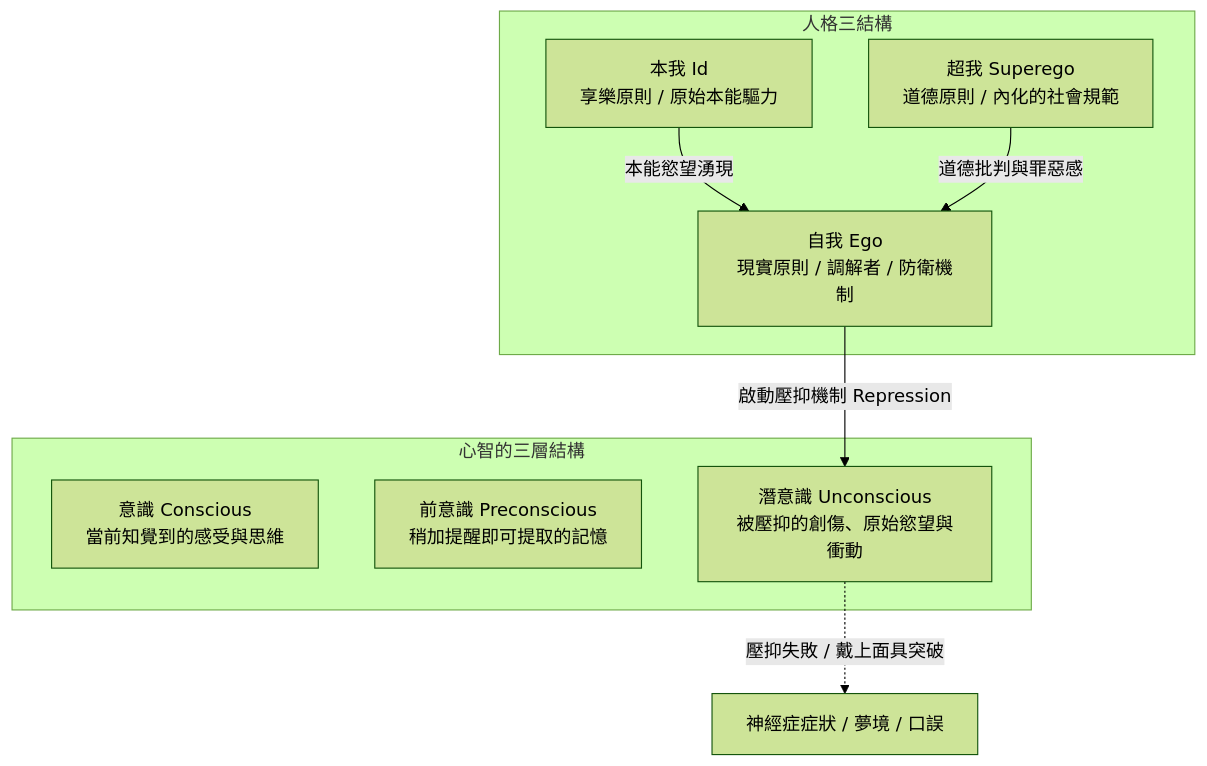
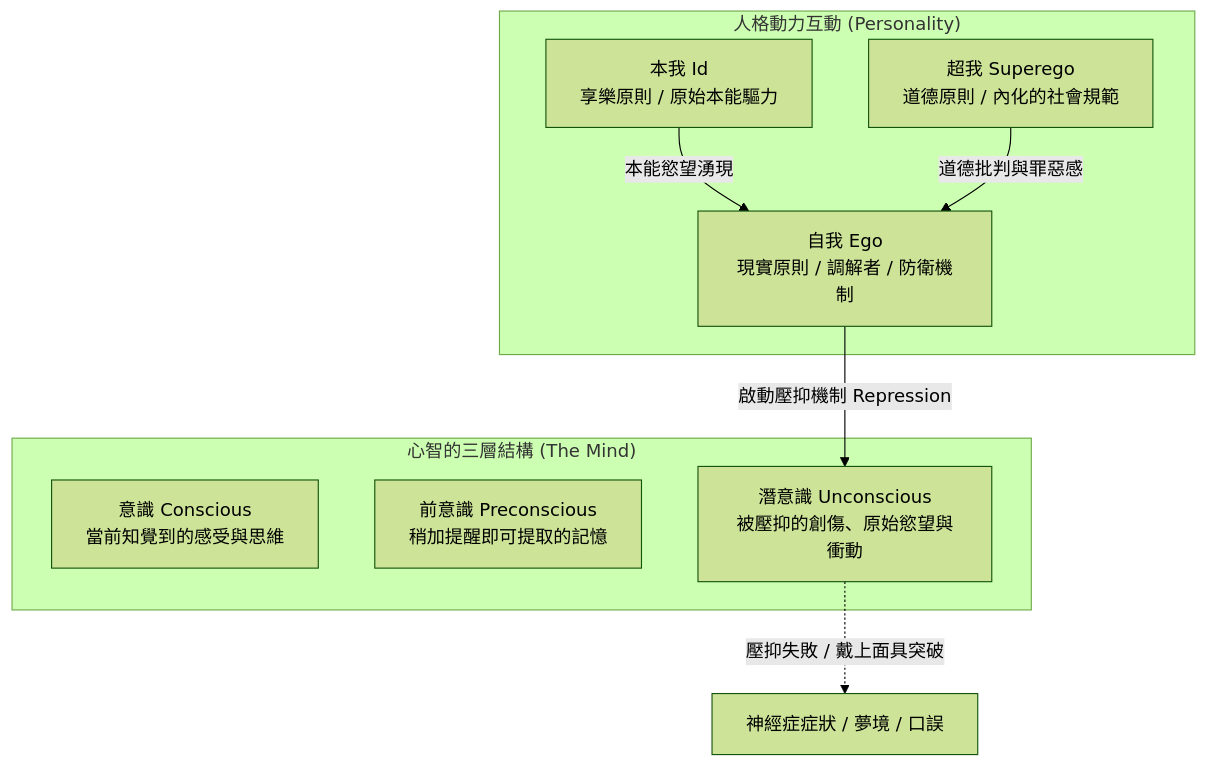
One commit to sasa0905/10 changed the diagram in wiki/theories/psychoanalytic-theory.md. Above: the diagram before and after it, drawn with Mermaid (forest theme). The commit also changed 48 other files, not shown here.

Commit message:
fix: resolve all Mermaid syntax errors, uncompress SVG vector charts, and ensure 15px sharp font rendering

````diff
--- a/wiki/theories/psychoanalytic-theory.md
+++ b/wiki/theories/psychoanalytic-theory.md
@@ -18,19 +18,19 @@
 ```mermaid
 graph TD
-    subgraph 冰山心智模型 [心智的三層結構]
-        CONSCIOUS[意識 Conscious<br>當前知覺到的感受與思維]
-        PRECONSCIOUS[前意識 Preconscious<br>稍加提醒即可提取的記憶]
-        UNCONSCIOUS[潛意識 Unconscious<br>被壓抑的創傷、原始慾望與衝動]
+    subgraph ICEBERG ["心智的三層結構 (The Mind)"]
+        CONSCIOUS["意識 Conscious<br>當前知覺到的感受與思維"]
+        PRECONSCIOUS["前意識 Preconscious<br>稍加提醒即可提取的記憶"]
+        UNCONSCIOUS["潛意識 Unconscious<br>被壓抑的創傷、原始慾望與衝動"]
     end
 
-    subgraph 人格動力互動 [人格三結構]
-        ID[本我 Id<br>享樂原則 / 原始本能驅力]
-        EGO[自我 Ego<br>現實原則 / 調解者 / 防衛機制]
-        SUPEREGO[超我 Superego<br>道德原則 / 內化的社會規範]
+    subgraph DYNAMICS ["人格動力互動 (Personality)"]
+        ID["本我 Id<br>享樂原則 / 原始本能驅力"]
+        EGO["自我 Ego<br>現實原則 / 調解者 / 防衛機制"]
+        SUPEREGO["超我 Superego<br>道德原則 / 內化的社會規範"]
     end
 
     ID -->|本能慾望湧現| EGO
     SUPEREGO -->|道德批判與罪惡感| EGO
     EGO -->|啟動壓抑機制 Repression| UNCONSCIOUS
-    UNCONSCIOUS -.->|壓抑失敗 / 戴上面具突破| SYMPTOM[神經症症狀 / 夢境 / 口誤]
+    UNCONSCIOUS -.->|壓抑失敗 / 戴上面具突破| SYMPTOM["神經症症狀 / 夢境 / 口誤"]
 ```
````
